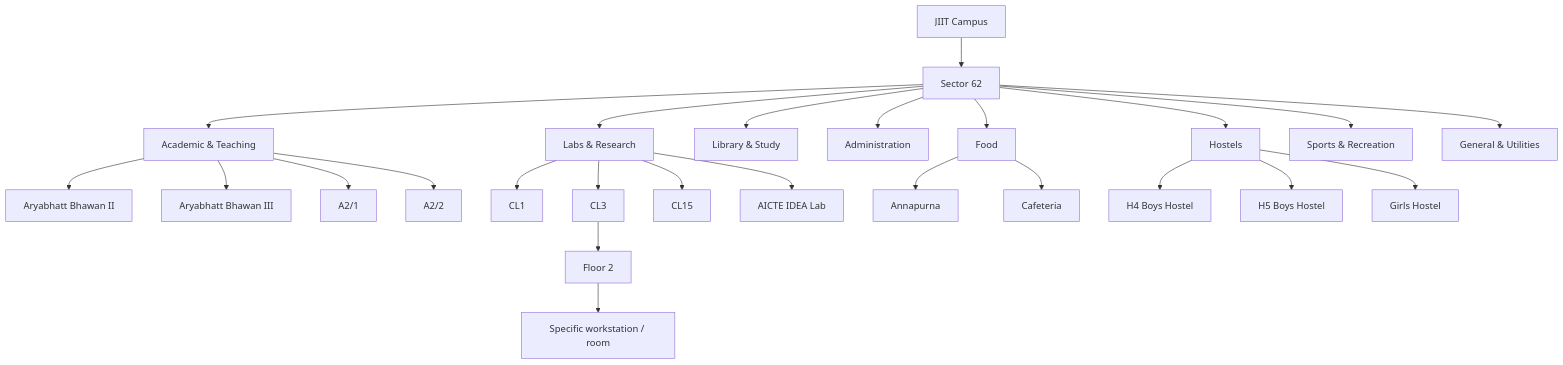
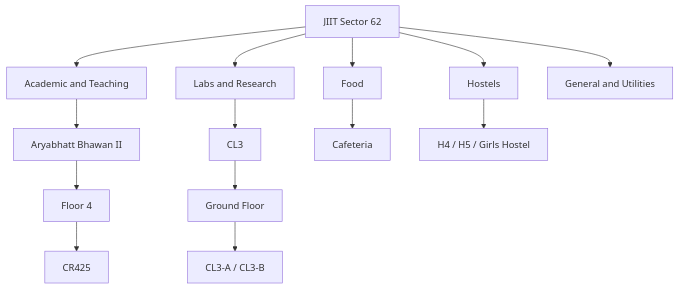
The second of 7 diagrams in README.md (SaiGrover/Campus-Lens), drawn with Mermaid before and after one commit. The commit also changed other lines of this file and 95 other files, not shown here.

````diff
--- a/README.md
+++ b/README.md
@@ -120,29 +65,16 @@
 ```mermaid
 flowchart TD
-    Campus["JIIT Campus"] --> Sector["Sector 62"]
-    Sector --> Academic["Academic & Teaching"]
-    Sector --> Labs["Labs & Research"]
-    Sector --> Library["Library & Study"]
-    Sector --> Admin["Administration"]
-    Sector --> Food["Food"]
-    Sector --> Hostels["Hostels"]
-    Sector --> Sports["Sports & Recreation"]
-    Sector --> General["General & Utilities"]
-
-    Academic --> AB2["Aryabhatt Bhawan II"]
-    Academic --> AB3["Aryabhatt Bhawan III"]
-    Academic --> A21["A2/1"]
-    Academic --> A22["A2/2"]
-    Labs --> CL1["CL1"]
-    Labs --> CL3["CL3"]
-    Labs --> CL15["CL15"]
-    Labs --> Idea["AICTE IDEA Lab"]
-    Food --> Annapurna["Annapurna"]
-    Food --> Canteen["Cafeteria"]
-    Hostels --> H4["H4 Boys Hostel"]
-    Hostels --> H5["H5 Boys Hostel"]
-    Hostels --> Girls["Girls Hostel"]
-
-    CL3 --> Floor["Floor 2"]
-    Floor --> Room["Specific workstation / room"]
+    C["JIIT Sector 62"] --> Z1["Academic and Teaching"]
+    C --> Z2["Labs and Research"]
+    C --> Z3["Food"]
+    C --> Z4["Hostels"]
+    C --> Z5["General and Utilities"]
+    Z1 --> F1["Aryabhatt Bhawan II"]
+    F1 --> FL1["Floor 4"]
+    FL1 --> R1["CR425"]
+    Z2 --> F2["CL3"]
+    F2 --> FL2["Ground Floor"]
+    FL2 --> R2["CL3-A / CL3-B"]
+    Z3 --> F3["Cafeteria"]
+    Z4 --> F4["H4 / H5 / Girls Hostel"]
 ```
````
